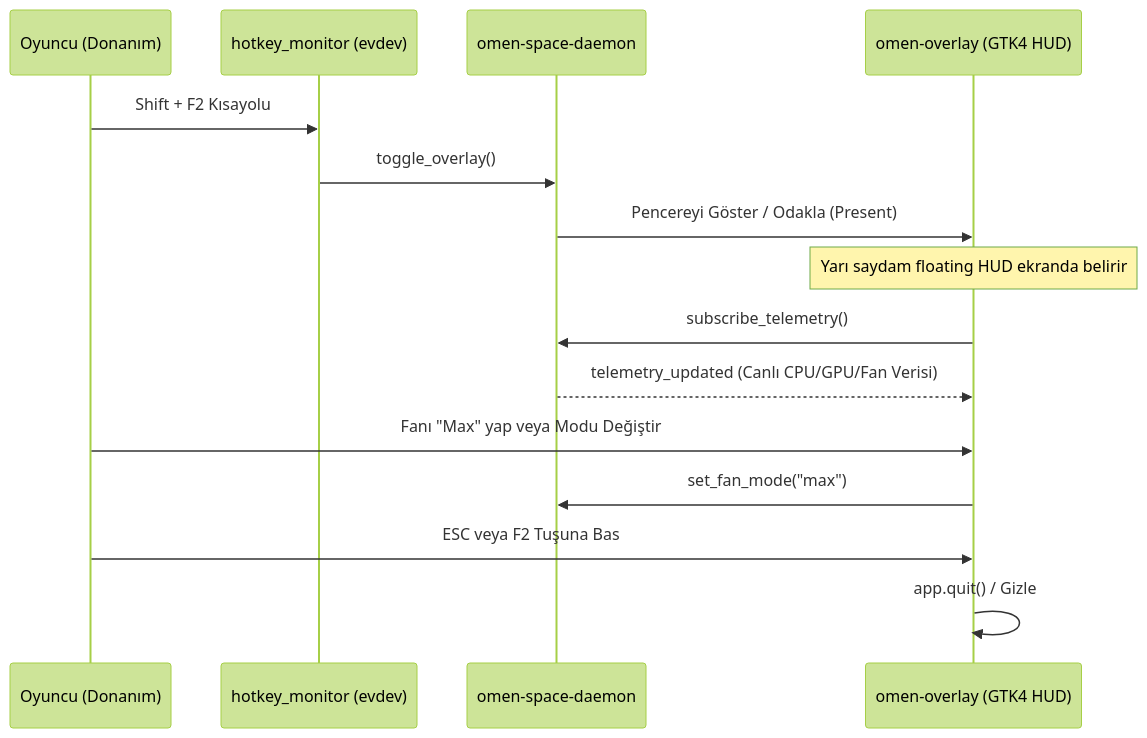
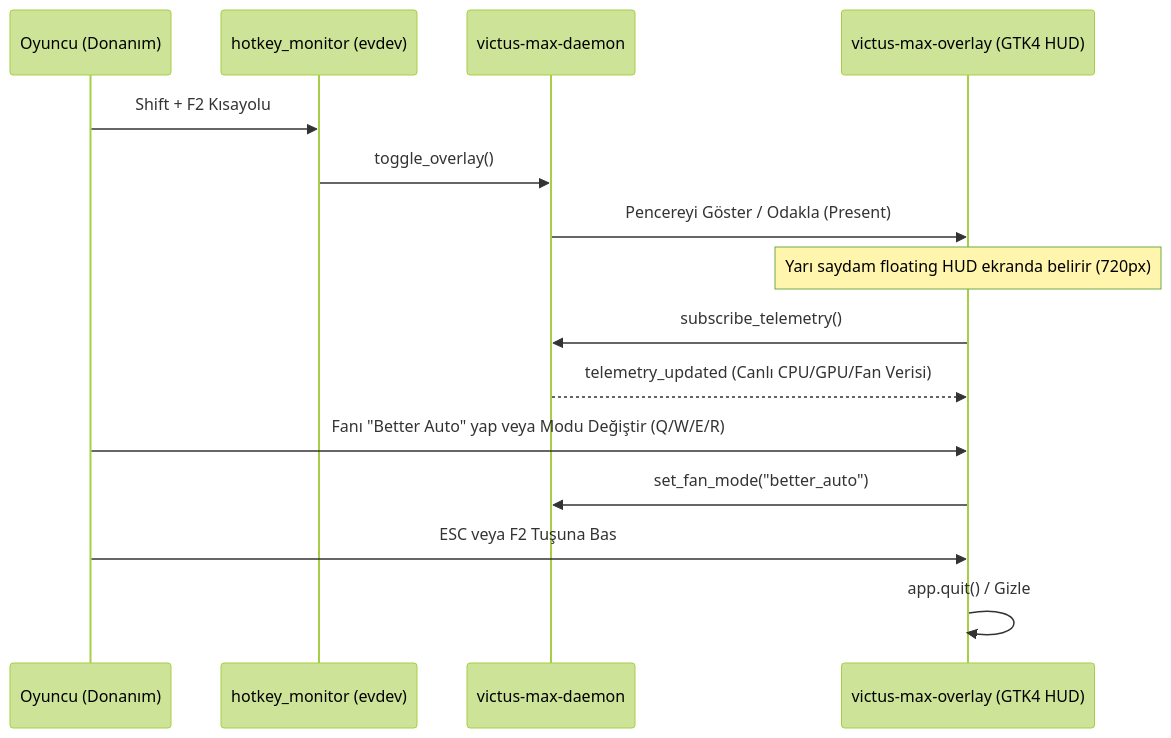
One commit to umutaktepe/victus-max changed the diagram in docs/victus-max-wiki/user-experience/quick-hud-overlay.md. Above: the diagram before and after it, drawn with Mermaid (forest theme). The commit also changed other lines of this file and 8 other files, not shown here.

Commit message:
feat(overlay): modernize HUD with Victus Max branding, SVG assets, and Better Auto [Q]

````diff
--- a/docs/victus-max-wiki/user-experience/quick-hud-overlay.md
+++ b/docs/victus-max-wiki/user-experience/quick-hud-overlay.md
@@ -10,18 +10,18 @@
 ```mermaid
 sequenceDiagram
     participant User as Oyuncu (Donanım)
     participant Hotkey as hotkey_monitor (evdev)
-    participant Daemon as omen-space-daemon
-    participant Overlay as omen-overlay (GTK4 HUD)
+    participant Daemon as victus-max-daemon
+    participant Overlay as victus-max-overlay (GTK4 HUD)
 
     User->>Hotkey: Shift + F2 Kısayolu
     Hotkey->>Daemon: toggle_overlay()
     Daemon->>Overlay: Pencereyi Göster / Odakla (Present)
-    Note over Overlay: Yarı saydam floating HUD ekranda belirir
+    Note over Overlay: Yarı saydam floating HUD ekranda belirir (720px)
     Overlay->>Daemon: subscribe_telemetry()
     Daemon-->>Overlay: telemetry_updated (Canlı CPU/GPU/Fan Verisi)
-    User->>Overlay: Fanı "Max" yap veya Modu Değiştir
-    Overlay->>Daemon: set_fan_mode("max")
+    User->>Overlay: Fanı "Better Auto" yap veya Modu Değiştir (Q/W/E/R)
+    Overlay->>Daemon: set_fan_mode("better_auto")
     User->>Overlay: ESC veya F2 Tuşuna Bas
     Overlay->>Overlay: app.quit() / Gizle
 ```
````
